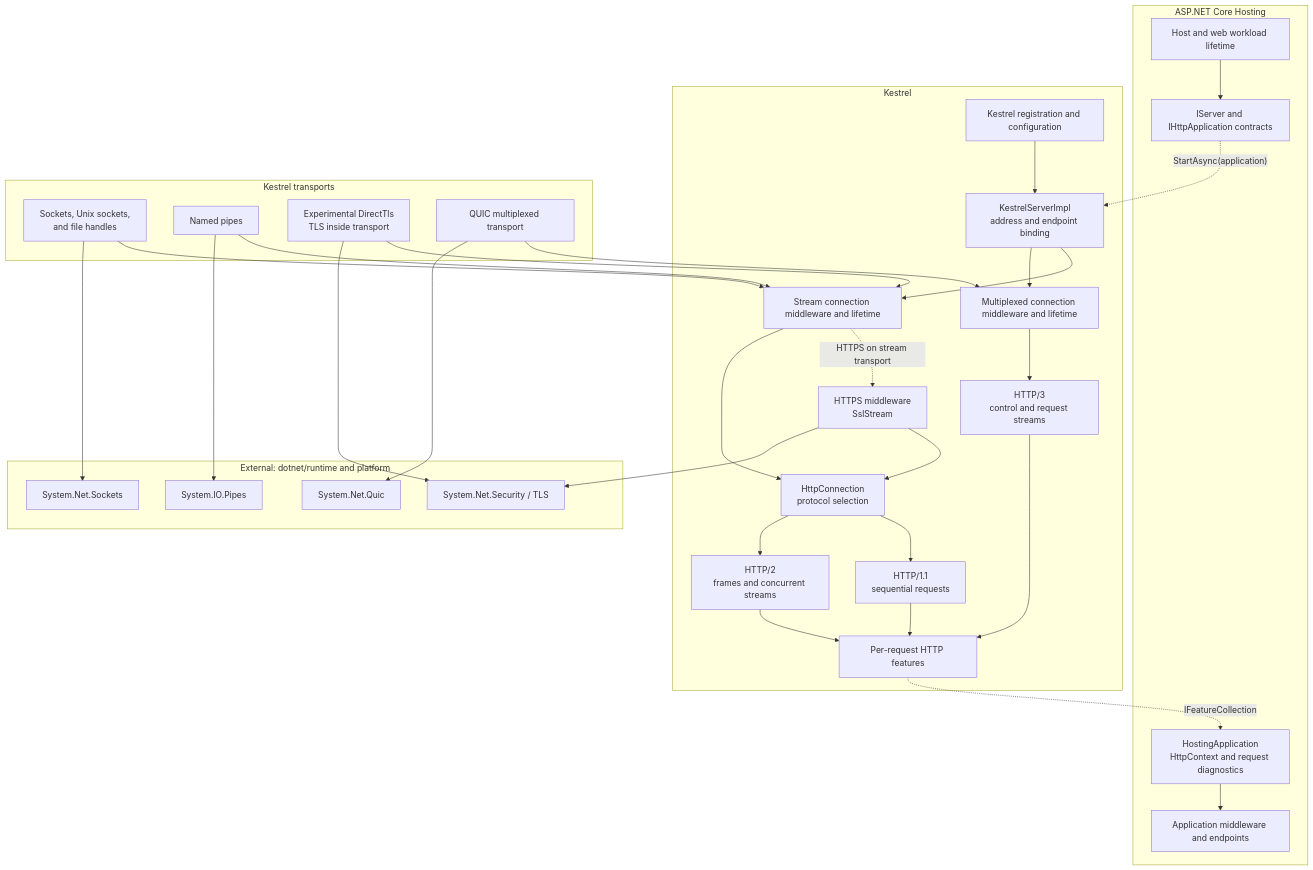
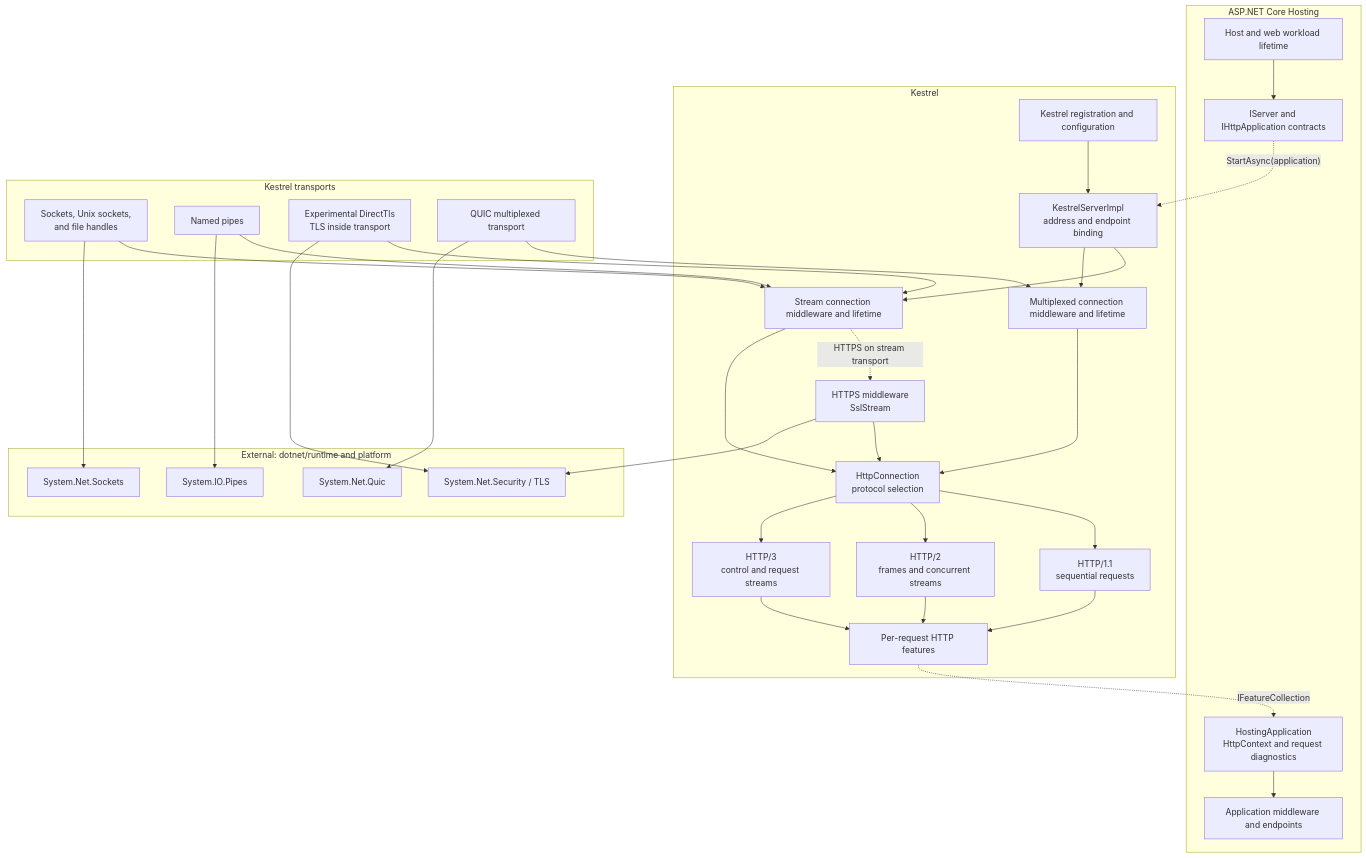
Before and after one commit to dotnet/aspnetcore: the first of 2 diagrams in src/Servers/Kestrel/ARCHITECTURE.md, drawn with Mermaid. The commit also changed other lines of this file, not shown here.

Commit message:
Address review feedback on Kestrel architecture doc

````diff
--- a/src/Servers/Kestrel/ARCHITECTURE.md
+++ b/src/Servers/Kestrel/ARCHITECTURE.md
@@ -27,66 +27,67 @@
 ```mermaid
 flowchart TB
     Application["Application middleware and endpoints"]
 
     subgraph Hosting["ASP.NET Core Hosting"]
         Host["Host and web workload lifetime"]
         ServerContract["IServer and IHttpApplication contracts"]
         Adapter["HostingApplication<br/>HttpContext and request diagnostics"]
         Host --> ServerContract
         Adapter --> Application
     end
 
     subgraph Kestrel["Kestrel"]
         Registration["Kestrel registration and configuration"]
         Binding["KestrelServerImpl<br/>address and endpoint binding"]
         StreamPipeline["Stream connection middleware and lifetime"]
         MultiplexedPipeline["Multiplexed connection middleware and lifetime"]
         TlsMiddleware["HTTPS middleware<br/>SslStream"]
         ProtocolSelection["HttpConnection<br/>protocol selection"]
         Http1["HTTP/1.1<br/>sequential requests"]
         Http2["HTTP/2<br/>frames and concurrent streams"]
         Http3["HTTP/3<br/>control and request streams"]
         Features["Per-request HTTP features"]
 
         Registration --> Binding
         Binding --> StreamPipeline
         Binding --> MultiplexedPipeline
         StreamPipeline -. "HTTPS on stream transport" .-> TlsMiddleware
         StreamPipeline --> ProtocolSelection
         TlsMiddleware --> ProtocolSelection
-        MultiplexedPipeline --> Http3
+        MultiplexedPipeline --> ProtocolSelection
         ProtocolSelection --> Http1
         ProtocolSelection --> Http2
+        ProtocolSelection --> Http3
         Http1 --> Features
         Http2 --> Features
         Http3 --> Features
     end
 
     subgraph Transports["Kestrel transports"]
         Sockets["Sockets, Unix sockets,<br/>and file handles"]
         NamedPipes["Named pipes"]
         DirectTls["Experimental DirectTls<br/>TLS inside transport"]
         Quic["QUIC multiplexed transport"]
     end
 
     subgraph Runtime["External: dotnet/runtime and platform"]
         SocketRuntime["System.Net.Sockets"]
         PipesRuntime["System.IO.Pipes"]
         TlsRuntime["System.Net.Security / TLS"]
         QuicRuntime["System.Net.Quic"]
     end
 
     ServerContract -. "StartAsync(application)" .-> Binding
     Features -. "IFeatureCollection" .-> Adapter
 
     Sockets --> StreamPipeline
     NamedPipes --> StreamPipeline
     DirectTls --> StreamPipeline
     Quic --> MultiplexedPipeline
 
     Sockets --> SocketRuntime
     NamedPipes --> PipesRuntime
     TlsMiddleware --> TlsRuntime
     DirectTls --> TlsRuntime
     Quic --> QuicRuntime
 ```
````
